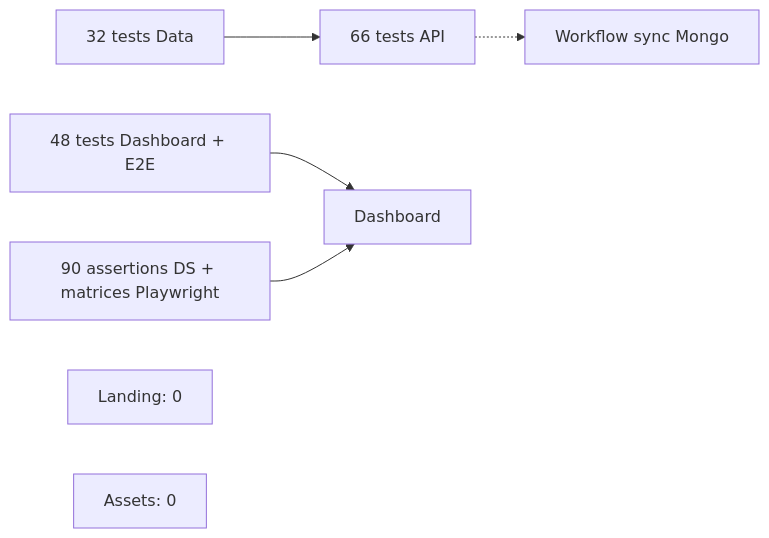
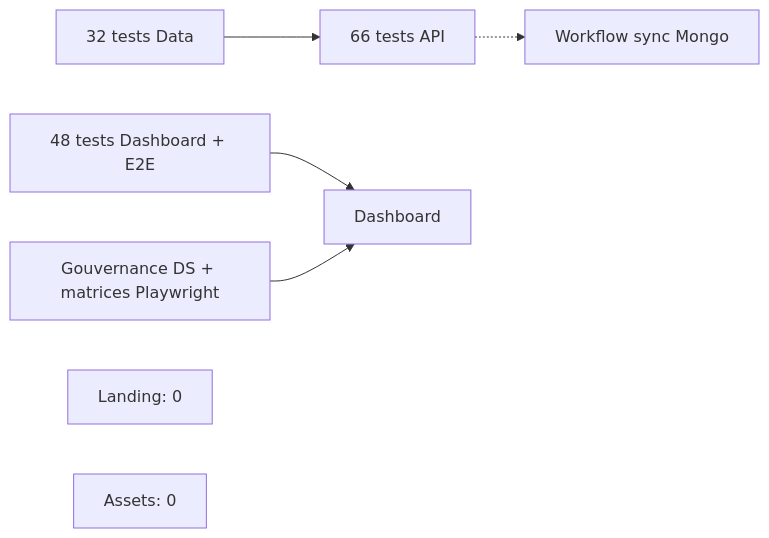
Before and after one commit to Matthieu-Vachet/dashboard_Admin: the diagram in docs/Tome 1 — Foundation (Fondations)/DOC-021-testing.md, drawn with Mermaid. The commit also changed other lines of this file and 69 other files, not shown here.

````diff
--- a/docs/Tome 1 — Foundation (Fondations)/DOC-021-testing.md
+++ b/docs/Tome 1 — Foundation (Fondations)/DOC-021-testing.md
@@ -77,9 +79,9 @@
 ```mermaid
 flowchart LR
   DATA["32 tests Data"] --> API["66 tests API"]
   DASH["48 tests Dashboard + E2E"] --> UI["Dashboard"]
-  RESP["90 assertions DS + matrices Playwright"] --> UI
+  RESP["Gouvernance DS + matrices Playwright"] --> UI
   API -.-> SYNC["Workflow sync Mongo"]
   LAND["Landing: 0"]
   ASSETS["Assets: 0"]
 ```
````
